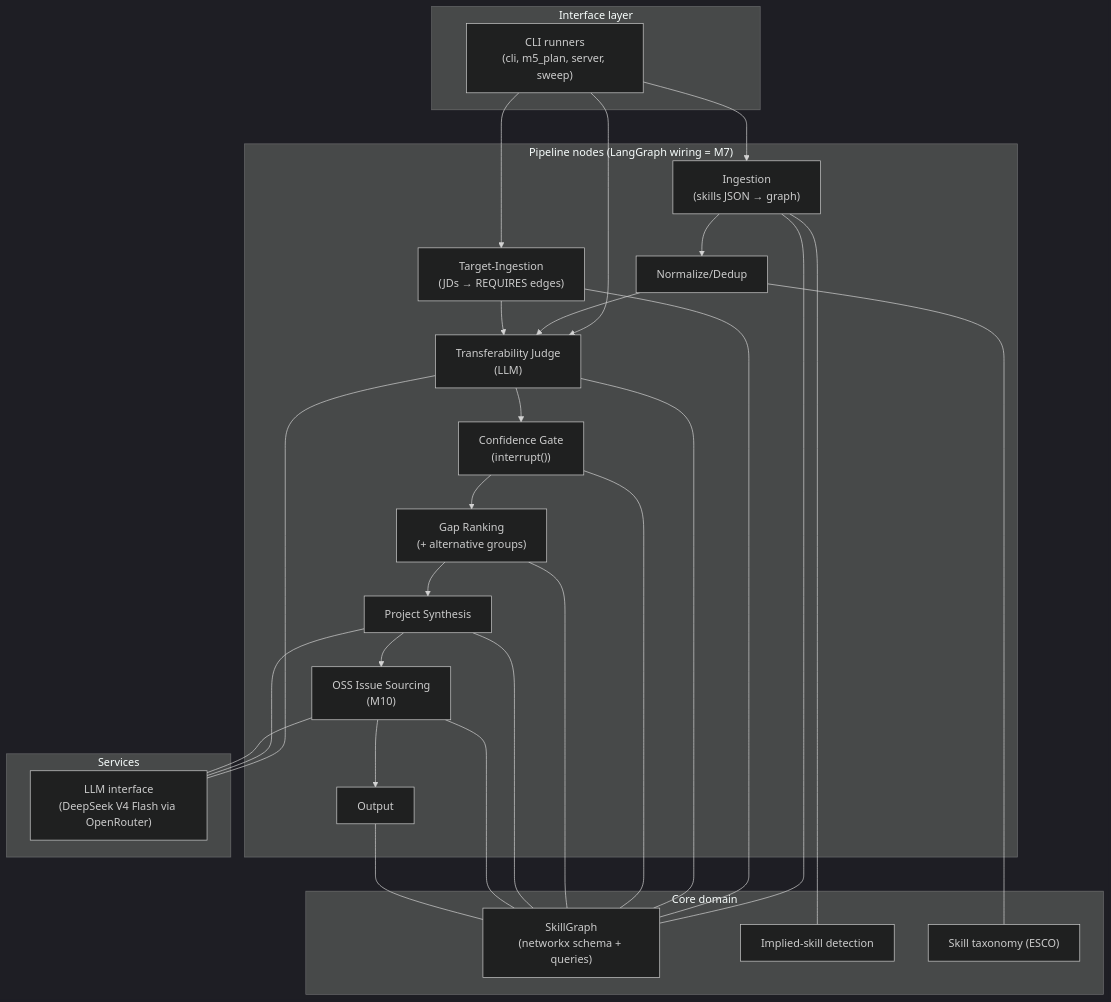
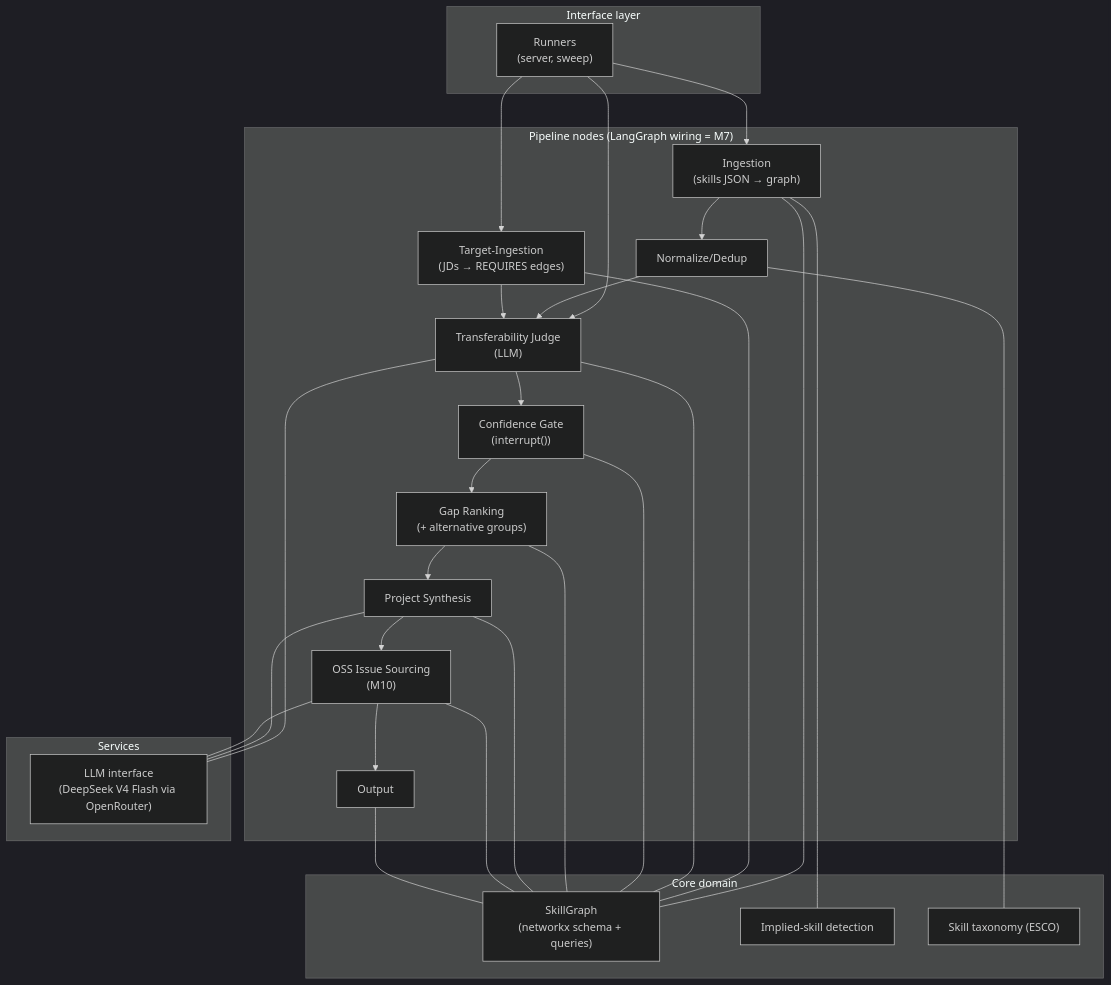
Before and after one commit to singhshubham95/skill-gap-agent: the diagram in specs/01-system-overview.md, drawn with Mermaid (dark theme). The commit also changed other lines of this file and 36 other files, not shown here.

````diff
--- a/specs/01-system-overview.md
+++ b/specs/01-system-overview.md
@@ -59,35 +59,35 @@
 ```mermaid
 flowchart TB
     subgraph L1["Interface layer"]
-        CLI["CLI runners<br/>(cli, m5_plan, server, sweep)"]
+        CLI["Runners<br/>(server, sweep)"]
     end
     subgraph L2["Pipeline nodes (LangGraph wiring = M7)"]
         ING["Ingestion<br/>(skills JSON → graph)"]
         TING["Target-Ingestion<br/>(JDs → REQUIRES edges)"]
         NORM["Normalize/Dedup"]
         JUD["Transferability Judge<br/>(LLM)"]
         GATE["Confidence Gate<br/>(interrupt())"]
         RANK["Gap Ranking<br/>(+ alternative groups)"]
         SYNTH["Project Synthesis"]
         OSS["OSS Issue Sourcing<br/>(M10)"]
         OUT["Output"]
     end
     subgraph L3["Core domain"]
         GRAPH["SkillGraph<br/>(networkx schema + queries)"]
         IMP["Implied-skill detection"]
         TAX["Skill taxonomy (ESCO)"]
     end
     subgraph L4["Services"]
         LLM["LLM interface<br/>(DeepSeek V4 Flash via OpenRouter)"]
     end
     CLI --> ING & TING & JUD
     ING --> NORM --> JUD
     TING --> JUD
     JUD --> GATE --> RANK --> SYNTH --> OSS --> OUT
     ING --- IMP
     NORM --- TAX
     JUD --- LLM
     SYNTH --- LLM
     OSS --- LLM
     ING & TING & JUD & GATE & RANK & SYNTH & OSS & OUT --- GRAPH
 ```
````
